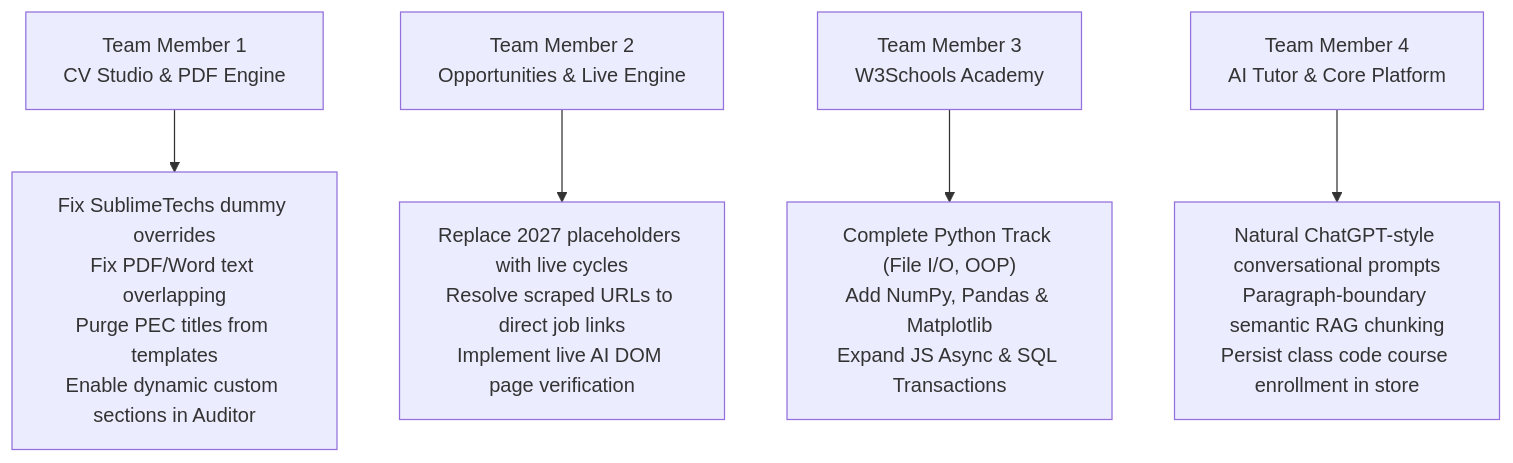
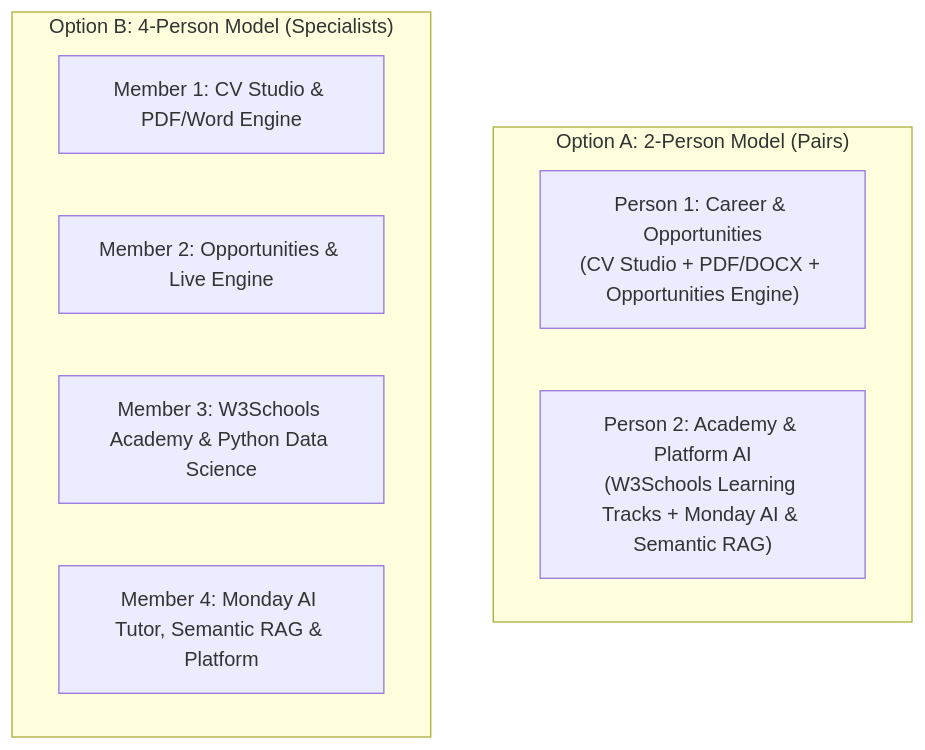
One commit to Gulshaheer-AI/CampusOS changed the diagram in CONTRIBUTING.md. Above: the diagram before and after it, drawn with Mermaid. The commit also changed other lines of this file, not shown here.

Commit message:
docs: add flexible 2-person and 4-person team collaboration workflows

````diff
--- a/CONTRIBUTING.md
+++ b/CONTRIBUTING.md
@@ -52,7 +57,13 @@
 ```mermaid
 graph TD
-    T1["Team Member 1<br/>CV Studio & PDF Engine"] --> M1["Fix SublimeTechs dummy overrides<br/>Fix PDF/Word text overlapping<br/>Purge PEC titles from templates<br/>Enable dynamic custom sections in Auditor"]
-    T2["Team Member 2<br/>Opportunities & Live Engine"] --> M2["Replace 2027 placeholders with live cycles<br/>Resolve scraped URLs to direct job links<br/>Implement live AI DOM page verification"]
-    T3["Team Member 3<br/>W3Schools Academy"] --> M3["Complete Python Track (File I/O, OOP)<br/>Add NumPy, Pandas & Matplotlib<br/>Expand JS Async & SQL Transactions"]
-    T4["Team Member 4<br/>AI Tutor & Core Platform"] --> M4["Natural ChatGPT-style conversational prompts<br/>Paragraph-boundary semantic RAG chunking<br/>Persist class code course enrollment in store"]
+    subgraph "Option A: 2-Person Model (Pairs)"
+        P1["Person 1: Career & Opportunities<br/>(CV Studio + PDF/DOCX + Opportunities Engine)"]
+        P2["Person 2: Academy & Platform AI<br/>(W3Schools Learning Tracks + Monday AI & Semantic RAG)"]
+    end
+    subgraph "Option B: 4-Person Model (Specialists)"
+        M1["Member 1: CV Studio & PDF/Word Engine"]
+        M2["Member 2: Opportunities & Live Engine"]
+        M3["Member 3: W3Schools Academy & Python Data Science"]
+        M4["Member 4: Monday AI Tutor, Semantic RAG & Platform"]
+    end
 ```
````
